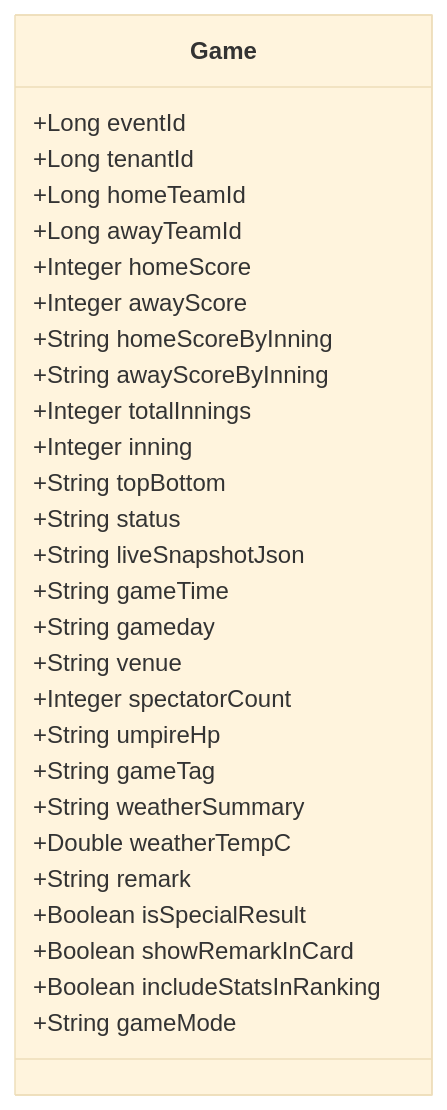
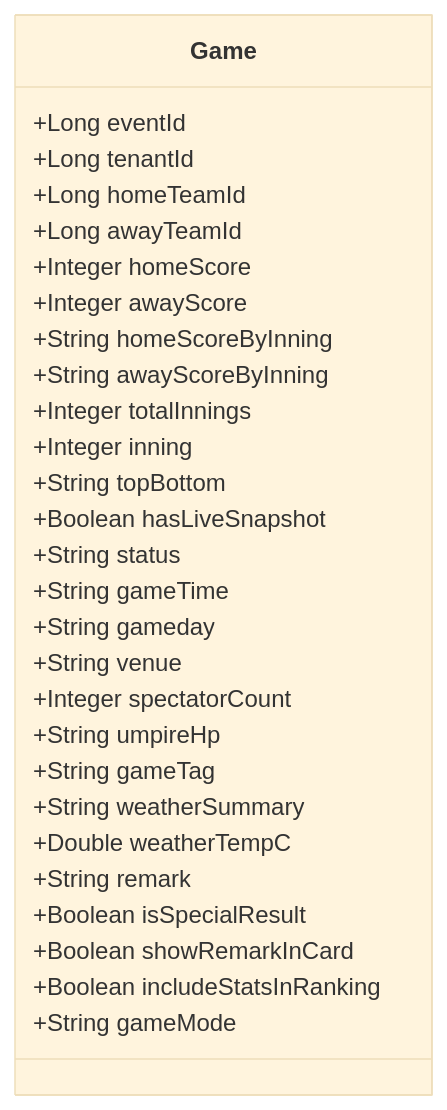
The fourth of 8 diagrams in docs/tech/API接口参考/比赛管理API.md (skvan/bsdone), drawn with Mermaid (base theme) before and after one commit. The commit also changed other lines of this file and 22 other files, not shown here.

````diff
--- a/docs/tech/API接口参考/比赛管理API.md
+++ b/docs/tech/API接口参考/比赛管理API.md
@@ -97,31 +98,31 @@
 ```mermaid
 classDiagram
 class Game {
 +Long eventId
 +Long tenantId
 +Long homeTeamId
 +Long awayTeamId
 +Integer homeScore
 +Integer awayScore
 +String homeScoreByInning
 +String awayScoreByInning
 +Integer totalInnings
 +Integer inning
 +String topBottom
++Boolean hasLiveSnapshot
 +String status
-+String liveSnapshotJson
 +String gameTime
 +String gameday
 +String venue
 +Integer spectatorCount
 +String umpireHp
 +String gameTag
 +String weatherSummary
 +Double weatherTempC
 +String remark
 +Boolean isSpecialResult
 +Boolean showRemarkInCard
 +Boolean includeStatsInRanking
 +String gameMode
 }
 ```
````
